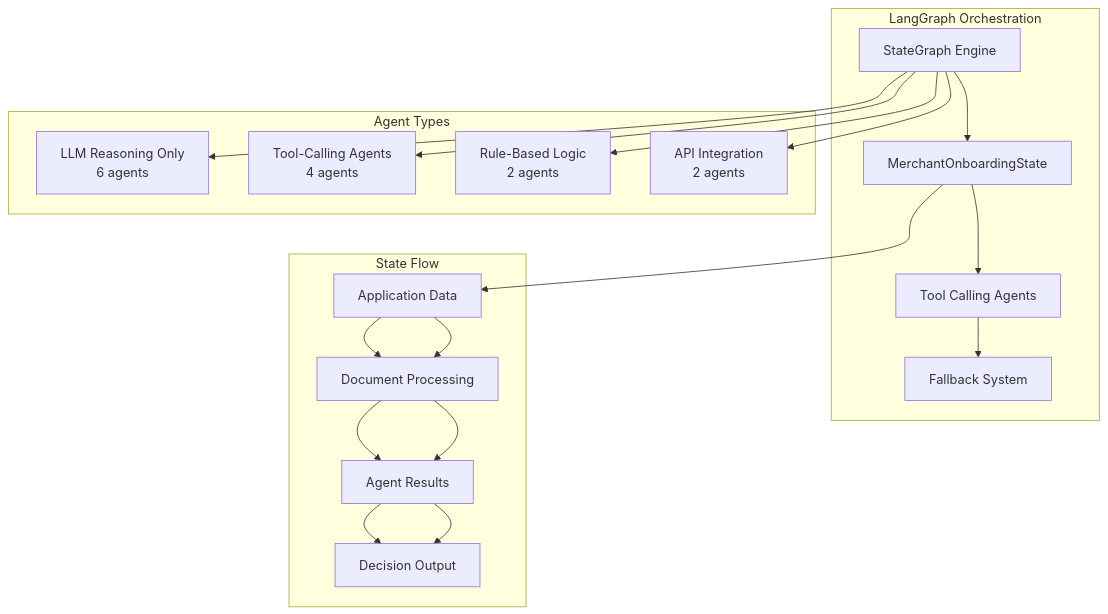
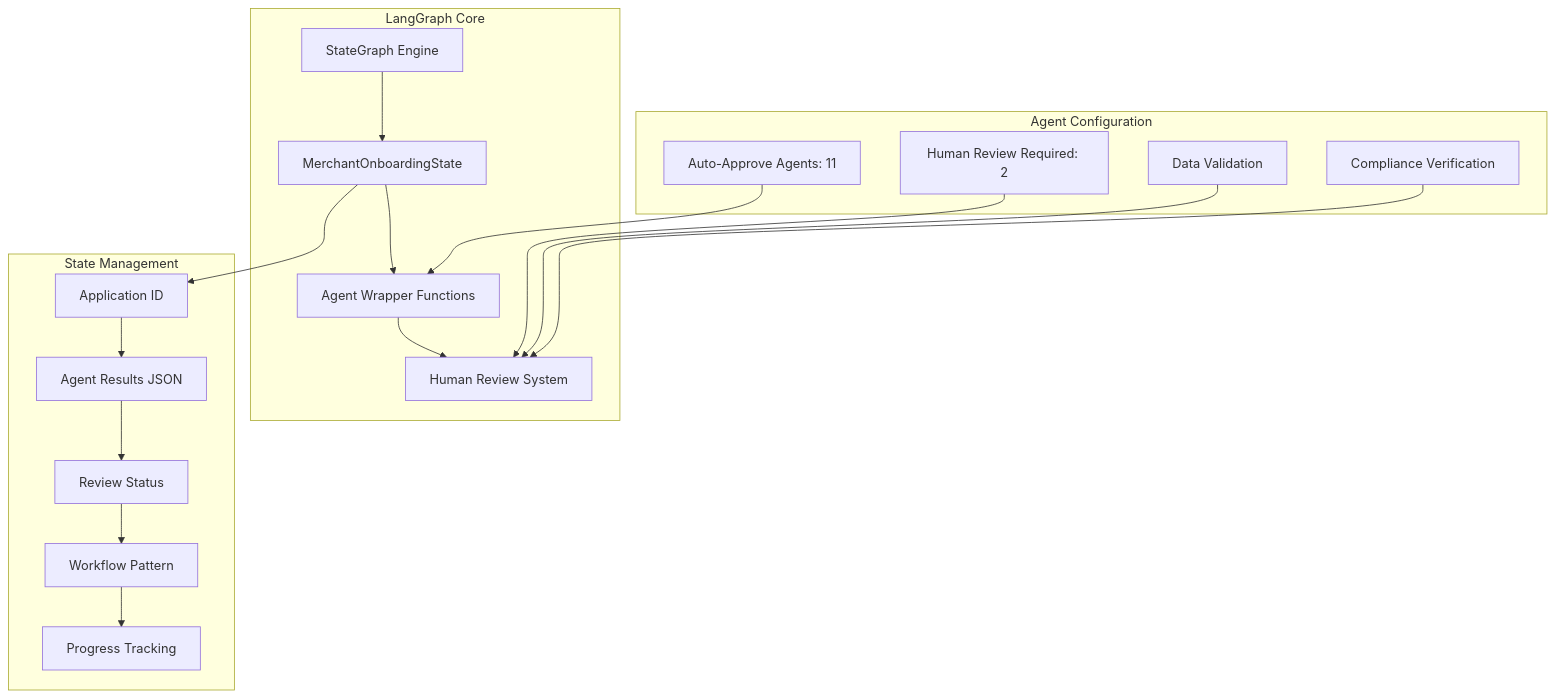
Before and after one commit to rishi154/merchant-onboarding: the fourth of 11 diagrams in merchant-onboarding/AI_Agent_Architecture_Diagrams.md, drawn with Mermaid. The commit also changed other lines of this file and 20 other files, not shown here.

````diff
--- a/merchant-onboarding/AI_Agent_Architecture_Diagrams.md
+++ b/merchant-onboarding/AI_Agent_Architecture_Diagrams.md
@@ -125,35 +116,39 @@
 ```mermaid
 flowchart TB
-    subgraph "LangGraph Orchestration"
+    subgraph "LangGraph Core"
         LG[StateGraph Engine]
         SM[MerchantOnboardingState]
-        TC[Tool Calling Agents]
-        FB[Fallback System]
+        AW[Agent Wrapper Functions]
+        HR[Human Review System]
     end
     
-    subgraph "Agent Types"
-        AT1[LLM Reasoning Only<br/>6 agents]
-        AT2[Tool-Calling Agents<br/>4 agents]
-        AT3[Rule-Based Logic<br/>2 agents]
-        AT4[API Integration<br/>2 agents]
+    subgraph "Agent Configuration"
+        AC1[Auto-Approve Agents: 11]
+        AC2[Human Review Required: 2]
+        AC3[Data Validation]
+        AC4[Compliance Verification]
     end
     
-    subgraph "State Flow"
-        SF1[Application Data] --> SF2[Document Processing]
-        SF2 --> SF3[Agent Results] --> SF4[Decision Output]
+    subgraph "State Management"
+        SF1[Application ID]
+        SF2[Agent Results JSON]
+        SF3[Review Status]
+        SF4[Workflow Pattern]
+        SF5[Progress Tracking]
     end
     
     LG --> SM
-    SM --> TC
-    TC --> FB
+    SM --> AW
+    AW --> HR
     
-    LG --> AT1
-    LG --> AT2
-    LG --> AT3
-    LG --> AT4
+    AC1 --> AW
+    AC2 --> HR
+    AC3 --> HR
+    AC4 --> HR
     
     SM --> SF1
     SF1 --> SF2
     SF2 --> SF3
     SF3 --> SF4
+    SF4 --> SF5
 ```
````
